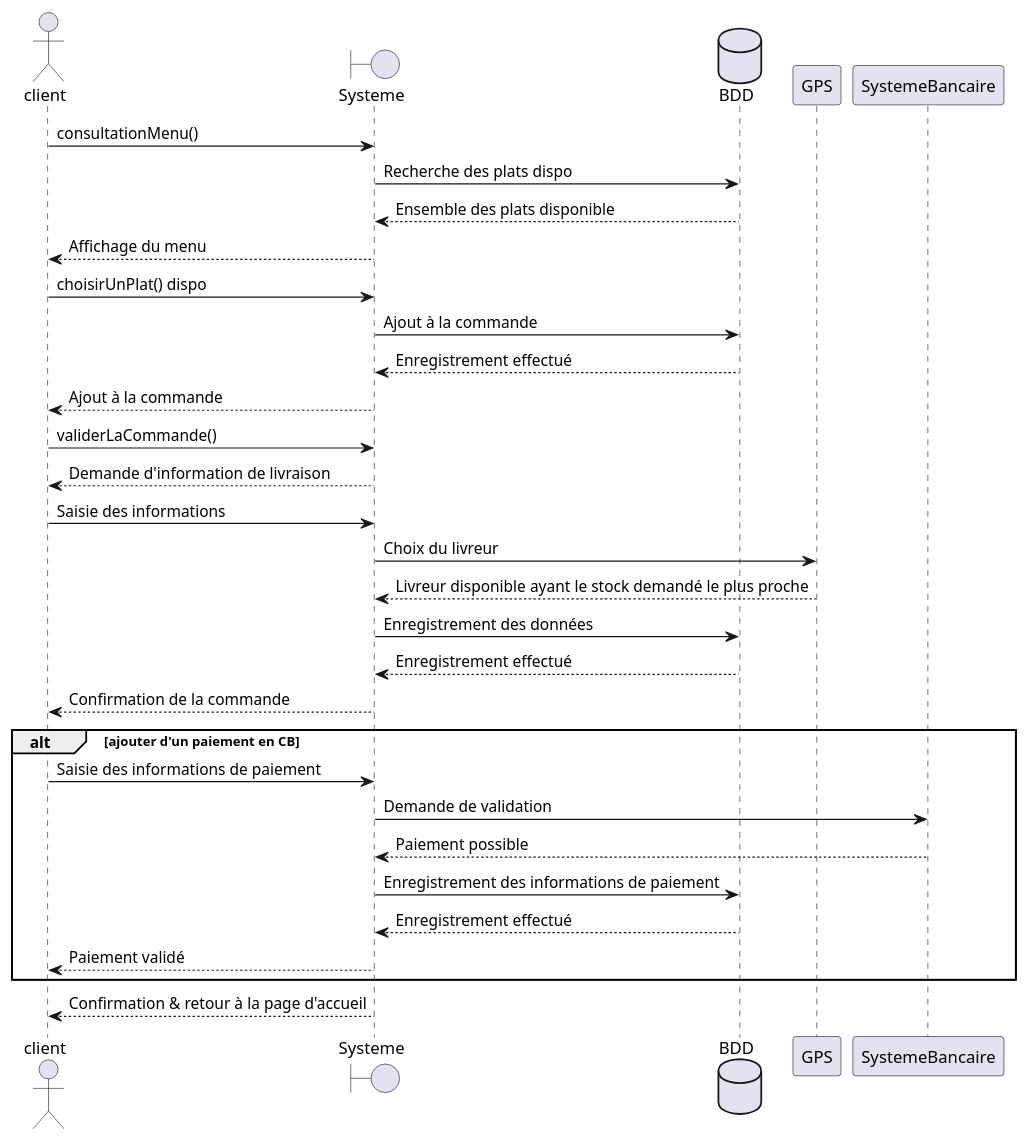
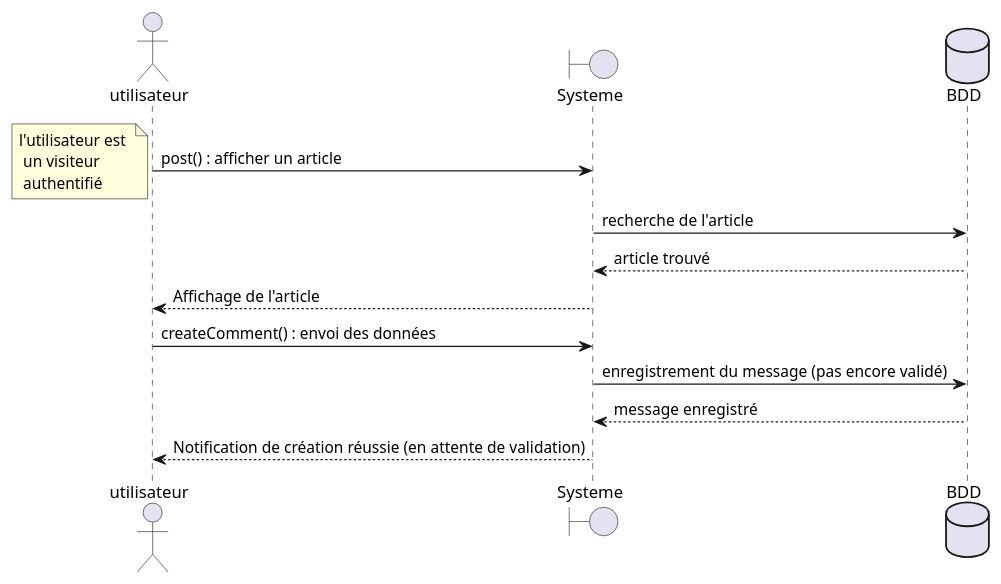
One commit to HaiseB/P5_blogPhp changed the diagram in diagrammes/dds_poster_un_commentaire.plantuml. Above: the diagram before and after it, drawn with PlantUML. The commit also changed 14 other files, not shown here.

Commit message:
send the good diagramms + png versions

```diff
--- a/diagrammes/dds_poster_un_commentaire.plantuml
+++ b/diagrammes/dds_poster_un_commentaire.plantuml
@@ -1,39 +1,18 @@
-@startuml Création de commande
+@startuml poster un commentaire
 
-actor client
+actor utilisateur
 boundary Systeme
 database BDD
 
-client -> Systeme: consultationMenu()
-Systeme -> BDD: Recherche des plats dispo
-BDD --> Systeme : Ensemble des plats disponible
-Systeme --> client: Affichage du menu
+utilisateur -> Systeme: post() : afficher un article
+note left: l'utilisateur est \n un visiteur \n authentifié
+Systeme -> BDD: recherche de l'article
+BDD --> Systeme : article trouvé
+Systeme --> utilisateur: Affichage de l'article
 
-client -> Systeme: choisirUnPlat() dispo
-Systeme -> BDD: Ajout à la commande
-BDD --> Systeme : Enregistrement effectué
-Systeme --> client: Ajout à la commande
-
-client -> Systeme: validerLaCommande()
-Systeme --> client: Demande d'information de livraison
-client -> Systeme: Saisie des informations
-
-Systeme -> GPS: Choix du livreur
-GPS --> Systeme: Livreur disponible ayant le stock demandé le plus proche
-
-Systeme -> BDD: Enregistrement des données
-BDD --> Systeme : Enregistrement effectué
-Systeme --> client: Confirmation de la commande
-
-alt ajouter d'un paiement en CB
-    client -> Systeme: Saisie des informations de paiement
-    Systeme -> SystemeBancaire: Demande de validation
-    SystemeBancaire --> Systeme : Paiement possible
-    Systeme -> BDD: Enregistrement des informations de paiement
-    BDD --> Systeme : Enregistrement effectué
-    Systeme --> client: Paiement validé
-    end
-
-Systeme --> client: Confirmation & retour à la page d'accueil
+utilisateur -> Systeme: createComment() : envoi des données
+Systeme -> BDD: enregistrement du message (pas encore validé)
+BDD --> Systeme : message enregistré
+Systeme --> utilisateur: Notification de création réussie (en attente de validation)
 
 @enduml
```
